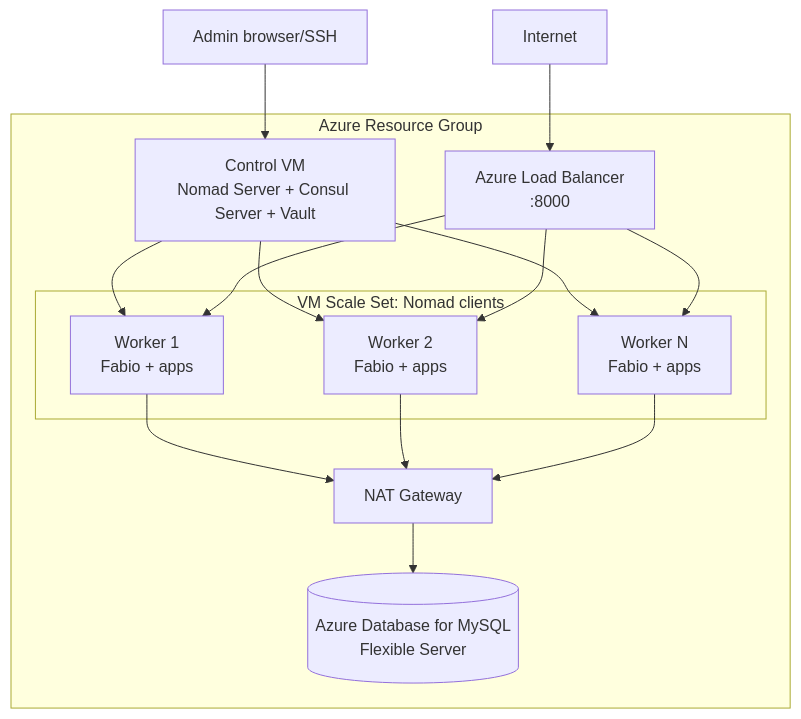
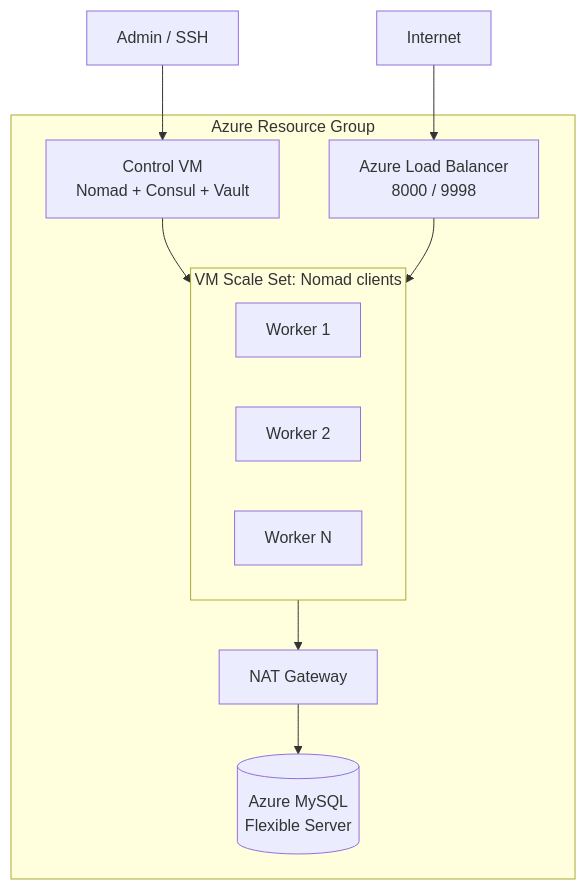
The fifth of 5 diagrams in README.md (apuntesdejava/jakartaee-nomad-arch), drawn with Mermaid before and after one commit. The commit also changed other lines of this file and 5 other files, not shown here.

````diff
--- a/README.md
+++ b/README.md
@@ -57,30 +118,24 @@
 ```mermaid
 flowchart TB
-    Internet --> LB[Azure Load Balancer<br/>:8000]
-    Admin[Admin browser/SSH] --> CP[Control VM<br/>Nomad Server + Consul Server + Vault]
+    Internet --> LB[Azure Load Balancer<br/>8000 / 9998]
+    Admin[Admin / SSH] --> CP[Control VM<br/>Nomad + Consul + Vault]
 
-    subgraph Azure["Azure Resource Group"]
+    subgraph RG["Azure Resource Group"]
         CP
         NAT[NAT Gateway]
         LB
 
-        subgraph Workers["VM Scale Set: Nomad clients"]
-            W1[Worker 1<br/>Fabio + apps]
-            W2[Worker 2<br/>Fabio + apps]
-            W3[Worker N<br/>Fabio + apps]
+        subgraph VMSS["VM Scale Set: Nomad clients"]
+            W1[Worker 1]
+            W2[Worker 2]
+            W3[Worker N]
         end
 
-        DB[(Azure Database for MySQL<br/>Flexible Server)]
+        DB[(Azure MySQL<br/>Flexible Server)]
     end
 
-    CP --> W1
-    CP --> W2
-    CP --> W3
-    LB --> W1
-    LB --> W2
-    LB --> W3
-    W1 --> NAT
-    W2 --> NAT
-    W3 --> NAT
+    CP --> VMSS
+    LB --> VMSS
+    VMSS --> NAT
     NAT --> DB
 ```
````
